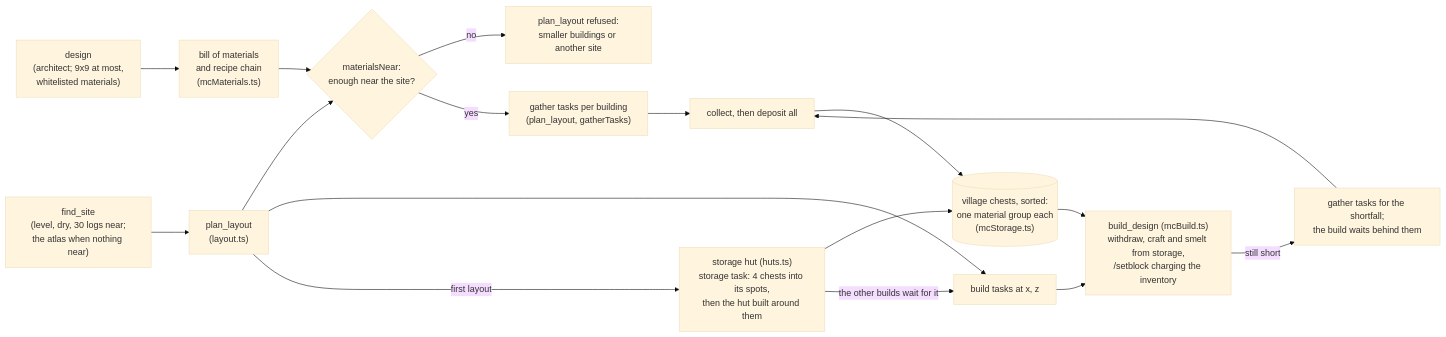
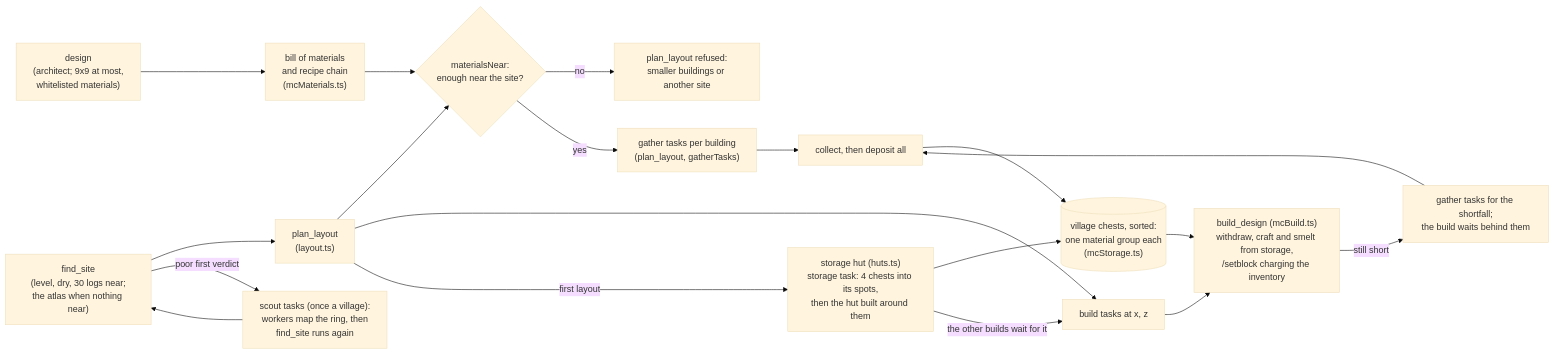
One commit to delphium226/MCAISandbox changed diagram 12 of 13 in docs/ARCHITECTURE.md. Above: the diagram before and after it, drawn with Mermaid (base theme). The commit also changed other lines of this file and 3 other files, not shown here.

````diff
--- a/docs/ARCHITECTURE.md
+++ b/docs/ARCHITECTURE.md
@@ -537,19 +553,20 @@
 ```mermaid
 flowchart LR
   site["find_site<br/>(level, dry, 30 logs near;<br/>the atlas when nothing near)"] --> layout
+  site -- "poor first verdict" --> scout["scout tasks (once a village):<br/>workers map the ring, then<br/>find_site runs again"] --> site
   design["design<br/>(architect; 9x9 at most,<br/>whitelisted materials)"] --> bom["bill of materials<br/>and recipe chain<br/>(mcMaterials.ts)"]
   bom --> near{"materialsNear:<br/>enough near the site?"}
   near -- no --> refuse["plan_layout refused:<br/>smaller buildings or another site"]
   near -- yes --> tasks["gather tasks per building<br/>(plan_layout, gatherTasks)"]
   layout["plan_layout<br/>(layout.ts)"] --> near
   layout --> buildtask["build tasks at x, z"]
   tasks --> collect["collect, then deposit all"]
   collect --> storage[("village chests, sorted:<br/>one material group each<br/>(mcStorage.ts)")]
   layout -- "first layout" --> hut["storage hut (huts.ts)<br/>storage task: 4 chests into its spots,<br/>then the hut built around them"]
   hut --> storage
   hut -- "the other builds wait for it" --> buildtask
   storage --> build["build_design (mcBuild.ts)<br/>withdraw, craft and smelt from storage,<br/>/setblock charging the inventory"]
   buildtask --> build
   build -- "still short" --> requeue["gather tasks for the shortfall;<br/>the build waits behind them"]
   requeue --> collect
 ```
````
